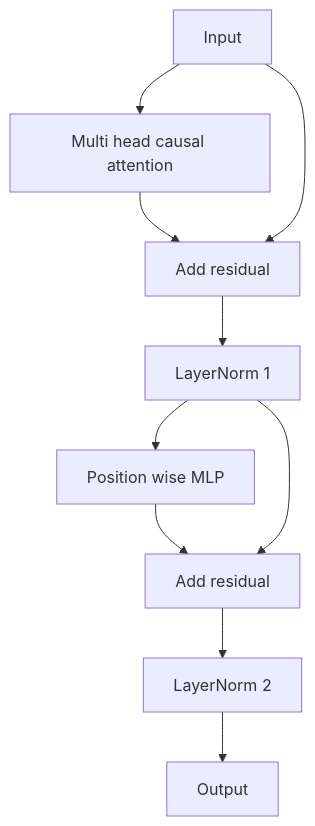
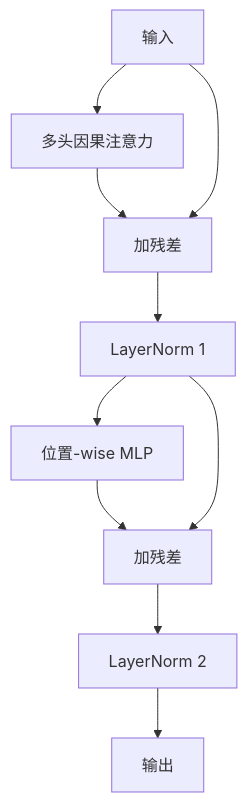
One commit to guangningsun/ailearning changed the second of 2 diagrams in lessons/19-capstone-projects/34-transformer-block/docs/zh.md. Above: the diagram before and after it, drawn with Mermaid. The commit also changed other lines of this file and 85 other files, not shown here.

````diff
--- a/lessons/19-capstone-projects/34-transformer-block/docs/zh.md
+++ b/lessons/19-capstone-projects/34-transformer-block/docs/zh.md
@@ -45,12 +45,12 @@
 ```mermaid
 flowchart TB
-  X[Input] --> MHA[Multi head causal attention]
-  MHA --> R1[Add residual]
+  X[输入] --> MHA[多头因果注意力]
+  MHA --> R1[加残差]
   X --> R1
   R1 --> N1[LayerNorm 1]
-  N1 --> MLP[Position wise MLP]
-  MLP --> R2[Add residual]
+  N1 --> MLP[位置-wise MLP]
+  MLP --> R2[加残差]
   N1 --> R2
   R2 --> N2[LayerNorm 2]
-  N2 --> Y[Output]
+  N2 --> Y[输出]
 ```
````
